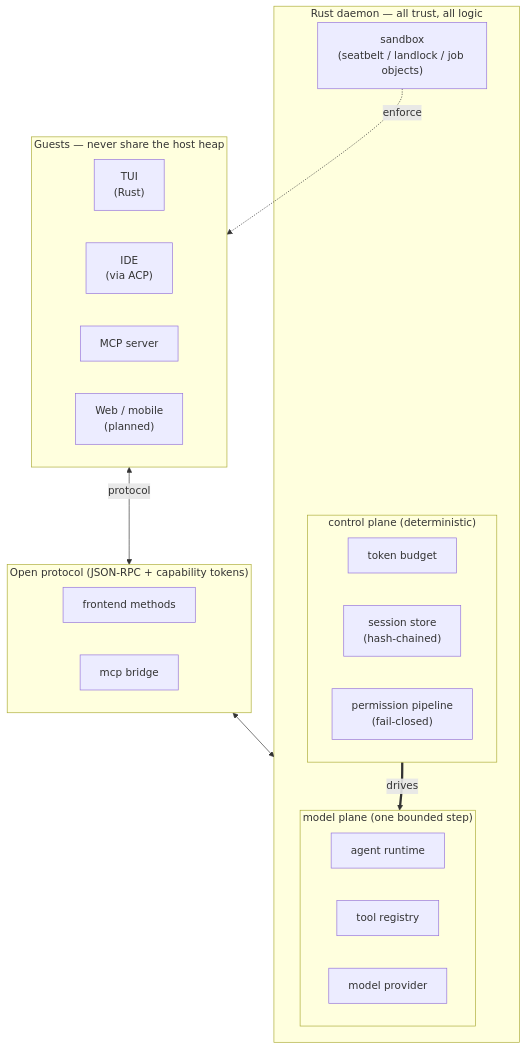
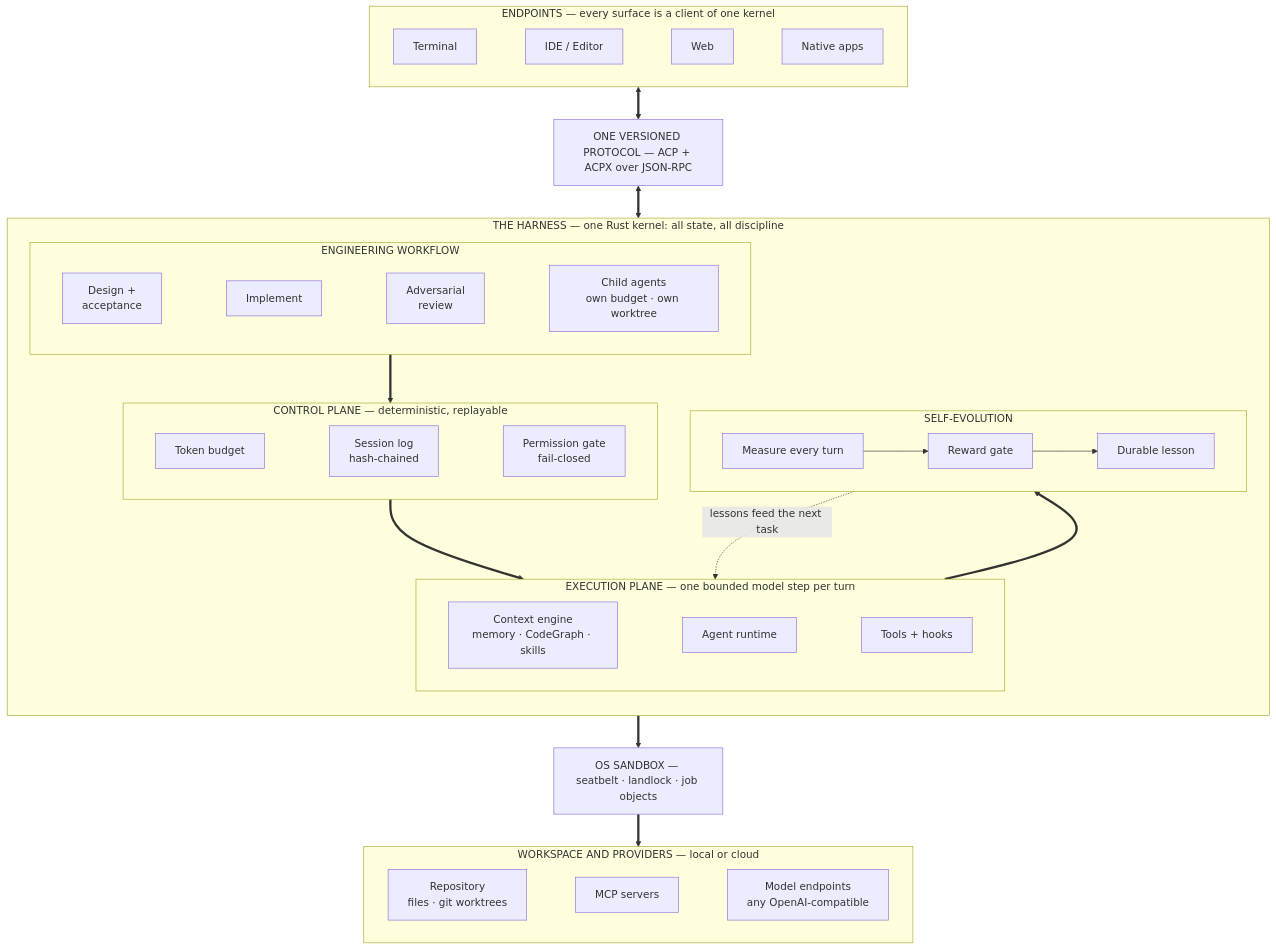
One commit to YiLabsAI/HouYiCoder changed the second of 2 diagrams in README.md. Above: the diagram before and after it, drawn with Mermaid. The commit also changed other lines of this file, not shown here.

First line of the commit message:
docs(readme): rewrite README around engineering-discipline positioning

````diff
--- a/README.md
+++ b/README.md
@@ -105,30 +104,45 @@
 ```mermaid
 flowchart TB
-    subgraph Guests["Guests — never share the host heap"]
-        TUI["TUI<br/>(Rust)"]
-        IDE["IDE<br/>(via ACP)"]
-        MCP["MCP server"]
-        Web["Web / mobile<br/>(planned)"]
+    subgraph G["ENDPOINTS — every surface is a client of one kernel"]
+        direction LR
+        TUI["Terminal"] ~~~ IDE["IDE / Editor"] ~~~ WEB["Web"] ~~~ APP["Native apps"]
     end
-    subgraph Proto["Open protocol (JSON-RPC + capability tokens)"]
-        F["frontend methods"]
-        M["mcp bridge"]
+
+    SEAM["ONE VERSIONED PROTOCOL — ACP + ACPX over JSON-RPC"]
+
+    subgraph H["THE HARNESS — one Rust kernel: all state, all discipline"]
+        direction TB
+        subgraph WF["ENGINEERING WORKFLOW"]
+            direction LR
+            SPEC["Design +<br/>acceptance"] ~~~ IMPL["Implement"] ~~~ REV["Adversarial<br/>review"] ~~~ AGT["Child agents<br/>own budget · own worktree"]
+        end
+        subgraph CP["CONTROL PLANE — deterministic, replayable"]
+            direction LR
+            BUD["Token budget"] ~~~ SES["Session log<br/>hash-chained"] ~~~ PRM["Permission gate<br/>fail-closed"]
+        end
+        subgraph MP["EXECUTION PLANE — one bounded model step per turn"]
+            direction LR
+            CTX["Context engine<br/>memory · CodeGraph · skills"] ~~~ RUN["Agent runtime"] ~~~ TLS["Tools + hooks"]
+        end
+        subgraph EV["SELF-EVOLUTION"]
+            direction LR
+            OBS["Measure every turn"] --> RWD["Reward gate"] --> MEM["Durable lesson"]
+        end
+        WF ==> CP
+        CP ==> MP
+        MP ==> EV
+        EV -.->|"lessons feed the next task"| MP
     end
-    subgraph Host["Rust daemon — all trust, all logic"]
-        subgraph Ctrl["control plane (deterministic)"]
-            TB["token budget"]
-            SS["session store<br/>(hash-chained)"]
-            PM["permission pipeline<br/>(fail-closed)"]
-        end
-        subgraph Mod["model plane (one bounded step)"]
-            AR["agent runtime"]
-            TR["tool registry"]
-            MP["model provider"]
-        end
-        Sbx["sandbox<br/>(seatbelt / landlock / job objects)"]
+
+    SBX["OS SANDBOX — seatbelt · landlock · job objects"]
+
+    subgraph W["WORKSPACE AND PROVIDERS — local or cloud"]
+        direction LR
+        FS["Repository<br/>files · git worktrees"] ~~~ MCPS["MCP servers"] ~~~ LLM["Model endpoints<br/>any OpenAI-compatible"]
     end
-    Guests <-->|protocol| Proto
-    Proto <--> Host
-    Ctrl ==>|drives| Mod
-    Sbx -.->|enforce| Guests
+
+    G <==> SEAM
+    SEAM <==> H
+    H ==> SBX
+    SBX ==> W
 ```
````
